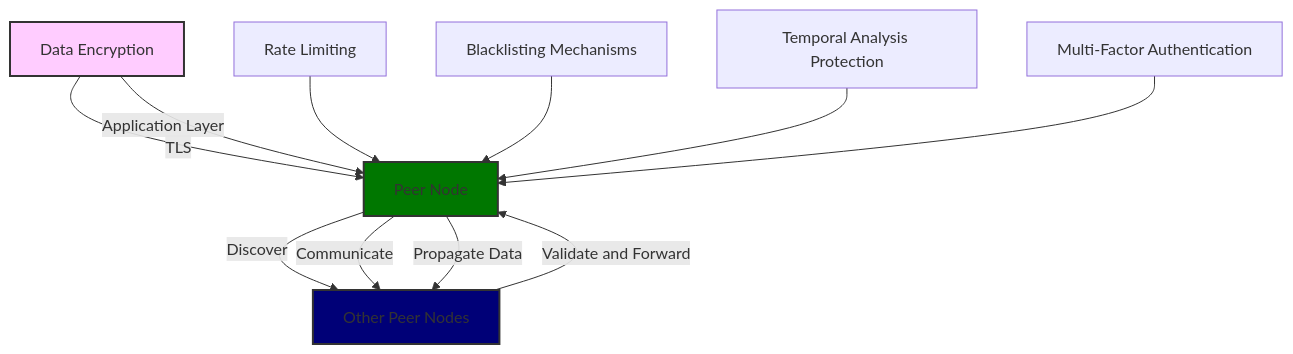
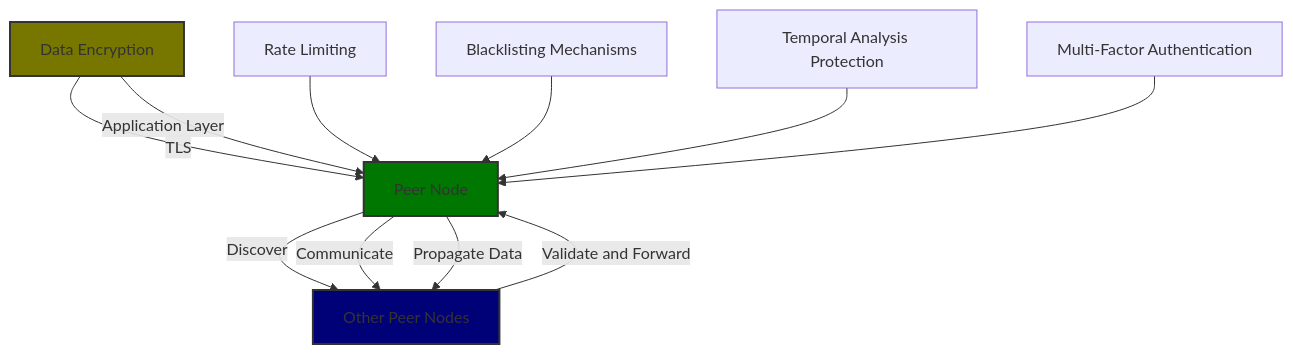
Before and after one commit to dustinengle/exinfo: the first of 5 diagrams in README.md, drawn with Mermaid.

Commit message:
graph color change

````diff
--- a/README.md
+++ b/README.md
@@ -13,16 +13,16 @@
 ```mermaid
 graph TD;
     A[Peer Node] -- Discover --> B[Other Peer Nodes]
     A -- Communicate --> B
     C[Data Encryption] -->|TLS| A
     C -->|Application Layer| A
     D[Rate Limiting] --> A
     E[Blacklisting Mechanisms] --> A
     F[Temporal Analysis Protection] --> A
     G[Multi-Factor Authentication] --> A
     A -->|Propagate Data| B
     B -- Validate and Forward --> A
     style A fill:#070,stroke:#333,stroke-width:2px
     style B fill:#007,stroke:#333,stroke-width:2px
-    style C fill:#fcf,stroke:#333,stroke-width:2px
+    style C fill:#770,stroke:#333,stroke-width:2px
 ```
````
